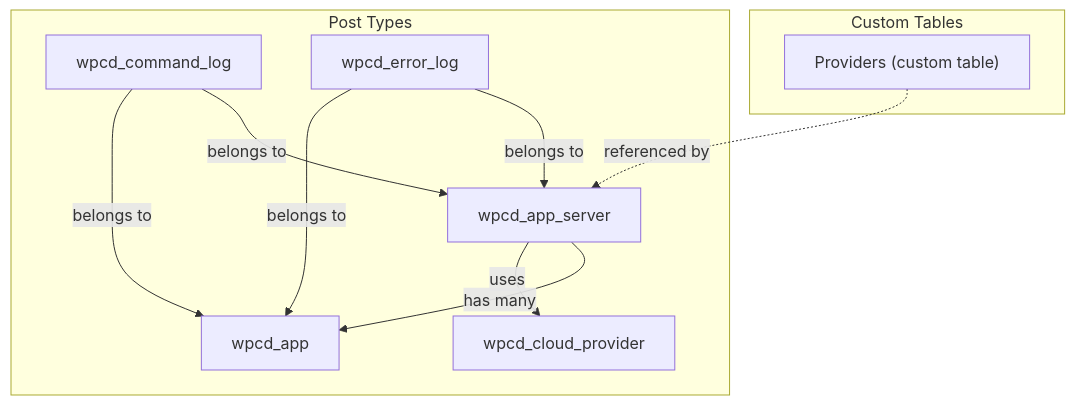
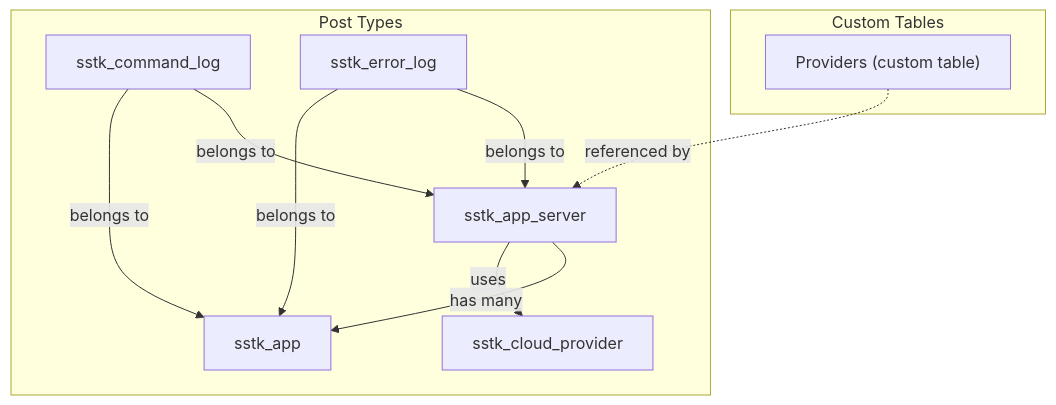
Before and after one commit to onedogsolutions/simple-stack: the first of 10 diagrams in .qoder/repowiki/en/content/Core Components/Data Models & Post Types.md, drawn with Mermaid. The commit also changed other lines of this file and 5941 other files, not shown here.

````diff
--- a/.qoder/repowiki/en/content/Core Components/Data Models & Post Types.md
+++ b/.qoder/repowiki/en/content/Core Components/Data Models & Post Types.md
@@ -37,20 +37,20 @@
 ```mermaid
 graph TB
 subgraph "Post Types"
-A["wpcd_app_server"]
-B["wpcd_app"]
-C["wpcd_cloud_provider"]
-D["wpcd_command_log"]
-E["wpcd_error_log"]
+A["sstk_app_server"]
+B["sstk_app"]
+C["sstk_cloud_provider"]
+D["sstk_command_log"]
+E["sstk_error_log"]
 end
 subgraph "Custom Tables"
 T1["Providers (custom table)"]
 end
 A --> |has many| B
 A --> |uses| C
 D --> |belongs to| A
 D --> |belongs to| B
 E --> |belongs to| A
 E --> |belongs to| B
 T1 -.->|referenced by| A
 ```
````
